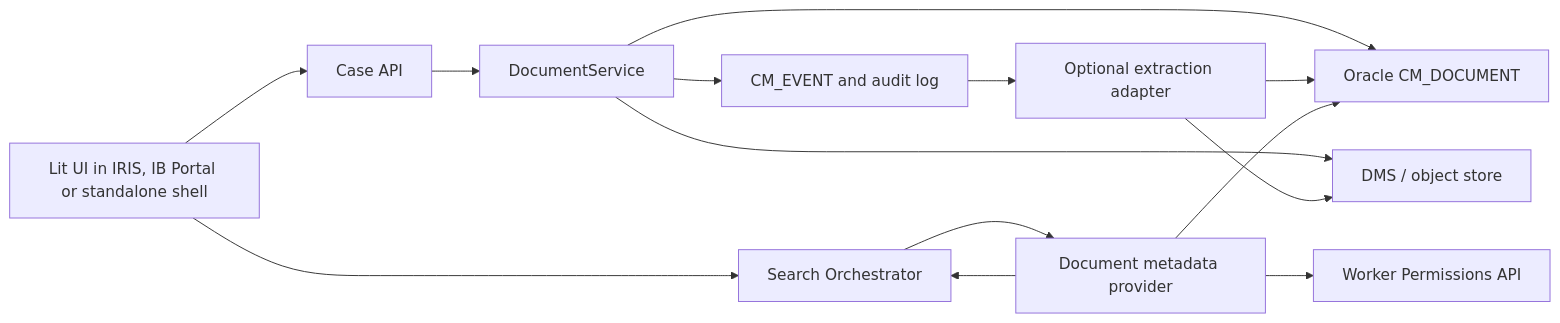
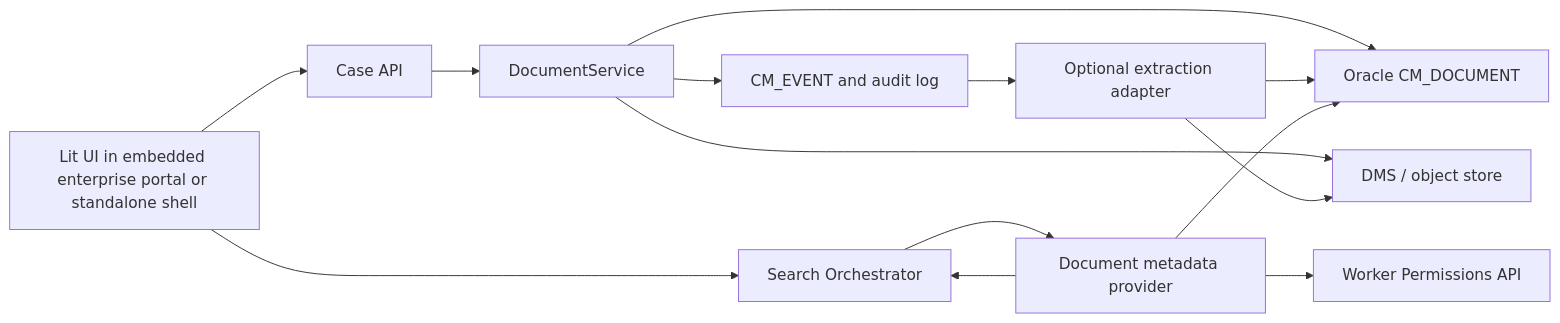
Before and after one commit to Ronrock/case-management-design: the diagram in docs/document-management-and-search.md, drawn with Mermaid. The commit also changed 2 other files, not shown here.

Commit message:
docs: remove organization-specific terminology

````diff
--- a/docs/document-management-and-search.md
+++ b/docs/document-management-and-search.md
@@ -23,27 +23,27 @@
 ```mermaid
 flowchart LR
-  UI["Lit UI in IRIS, IB Portal or standalone shell"]
+  UI["Lit UI in embedded enterprise portal or standalone shell"]
   API["Case API"]
   Service["DocumentService"]
   Oracle["Oracle CM_DOCUMENT"]
   Events["CM_EVENT and audit log"]
   DMS["DMS / object store"]
   Extractor["Optional extraction adapter"]
   Search["Search Orchestrator"]
   Provider["Document metadata provider"]
   WP["Worker Permissions API"]
 
   UI --> API
   API --> Service
   Service --> Oracle
   Service --> Events
   Service --> DMS
   Events --> Extractor
   Extractor --> DMS
   Extractor --> Oracle
   UI --> Search
   Search --> Provider
   Provider --> Oracle
   Provider --> WP
   Provider --> Search
 ```
````
